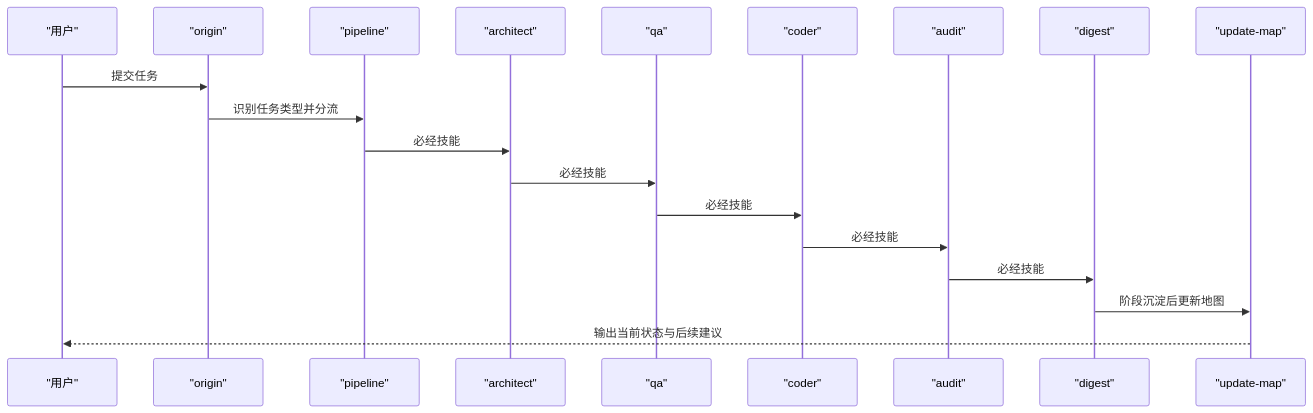
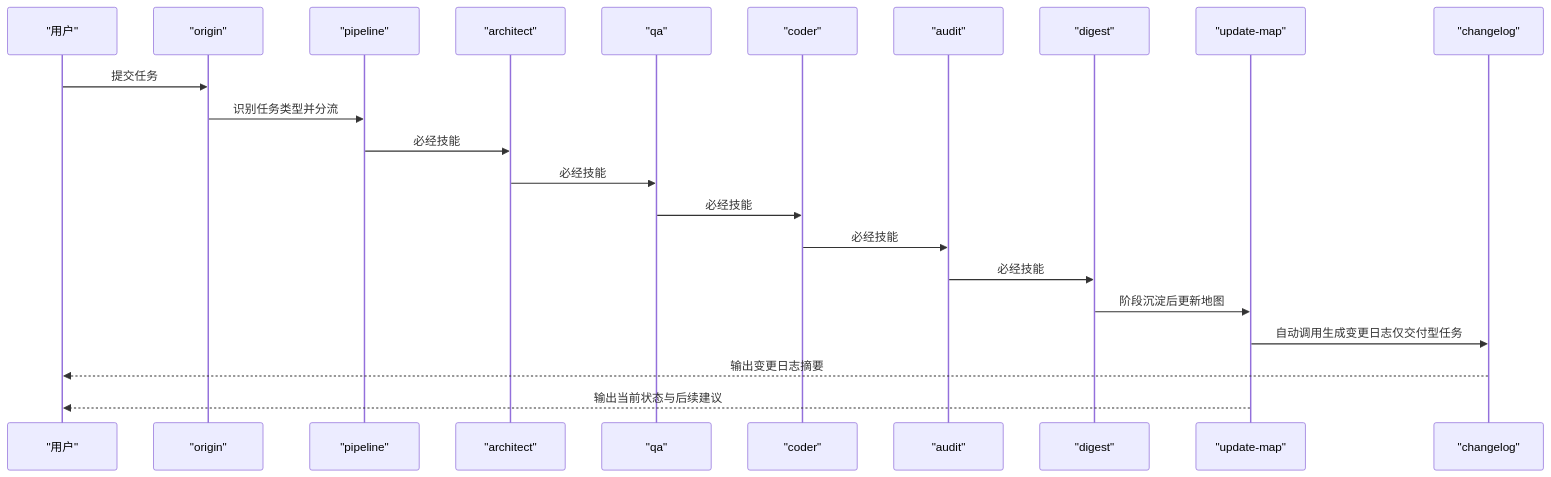
The second of 8 diagrams in .qoder/repowiki/zh/content/辅助技能详解/地图更新技能 (Update-Map).md (CryptoLinxu/Web3-AI-Agent), drawn with Mermaid before and after one commit. The commit also changed other lines of this file and 10 other files, not shown here.

````diff
--- a/.qoder/repowiki/zh/content/辅助技能详解/地图更新技能 (Update-Map).md
+++ b/.qoder/repowiki/zh/content/辅助技能详解/地图更新技能 (Update-Map).md
@@ -117,21 +123,24 @@
 ```mermaid
 sequenceDiagram
 participant U as "用户"
 participant O as "origin"
 participant P as "pipeline"
 participant A as "architect"
 participant Q as "qa"
 participant C as "coder"
 participant R as "audit"
 participant D as "digest"
 participant M as "update-map"
+participant L as "changelog"
 U->>O : 提交任务
 O->>P : 识别任务类型并分流
 P->>A : 必经技能
 A->>Q : 必经技能
 Q->>C : 必经技能
 C->>R : 必经技能
 R->>D : 必经技能
 D->>M : 阶段沉淀后更新地图
+M->>L : 自动调用生成变更日志仅交付型任务
+L-->>U : 输出变更日志摘要
 M-->>U : 输出当前状态与后续建议
 ```
````
